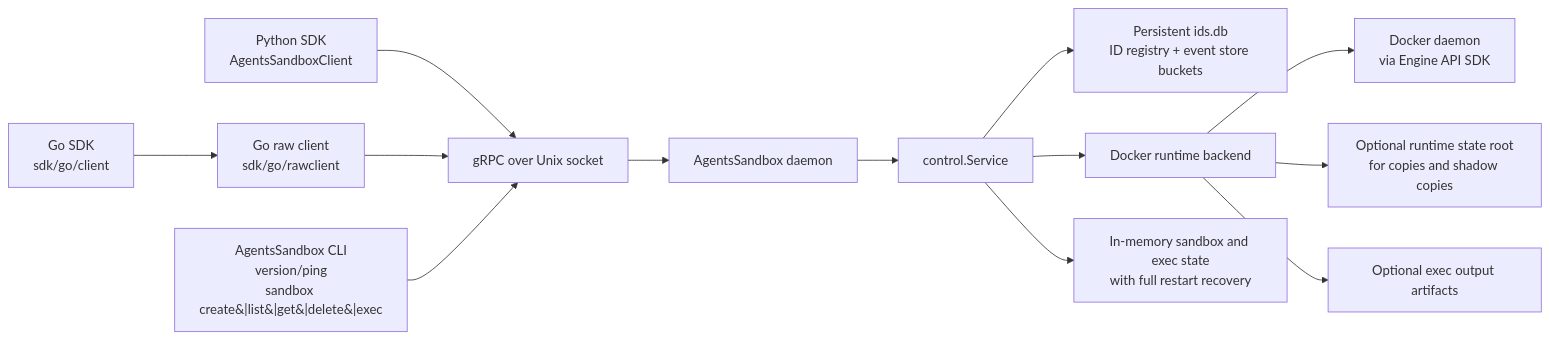
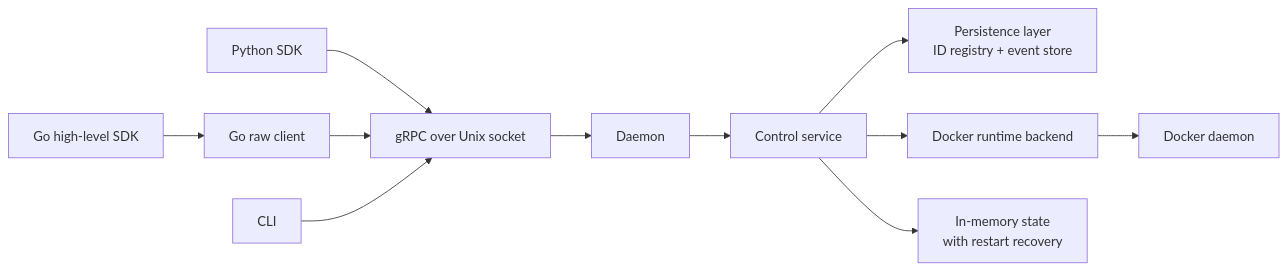
Before and after one commit to 1996fanrui/agents-sandbox: the diagram in docs/architecture_overview.md, drawn with Mermaid. The commit also changed other lines of this file and 12 other files, not shown here.

````diff
--- a/docs/architecture_overview.md
+++ b/docs/architecture_overview.md
@@ -9,15 +9,13 @@
 ```mermaid
 flowchart LR
-    PySDK[Python SDK\nAgentsSandboxClient] --> RPC[gRPC over Unix socket]
-    GoClient[Go SDK\nsdk/go/client] --> GoRaw[Go raw client\nsdk/go/rawclient]
+    PySDK[Python SDK] --> RPC[gRPC over Unix socket]
+    GoHigh[Go high-level SDK] --> GoRaw[Go raw client]
     GoRaw --> RPC
-    CLI[AgentsSandbox CLI\nversion/ping\nsandbox create&#124;list&#124;get&#124;delete&#124;exec] --> RPC
-    RPC --> Daemon[AgentsSandbox daemon]
-    Daemon --> Service[control.Service]
-    Service --> Persistence[Persistent ids.db\nID registry + event store buckets]
+    CLI[CLI] --> RPC
+    RPC --> Daemon[Daemon]
+    Daemon --> Service[Control service]
+    Service --> Persistence[Persistence layer\nID registry + event store]
     Service --> Runtime[Docker runtime backend]
-    Runtime --> Docker[Docker daemon\nvia Engine API SDK]
-    Service --> Memory[In-memory sandbox and exec state\nwith full restart recovery]
-    Runtime --> StateRoot[Optional runtime state root\nfor copies and shadow copies]
-    Runtime --> Artifacts[Optional exec output artifacts]
+    Runtime --> Docker[Docker daemon]
+    Service --> Memory[In-memory state\nwith restart recovery]
 ```
````
